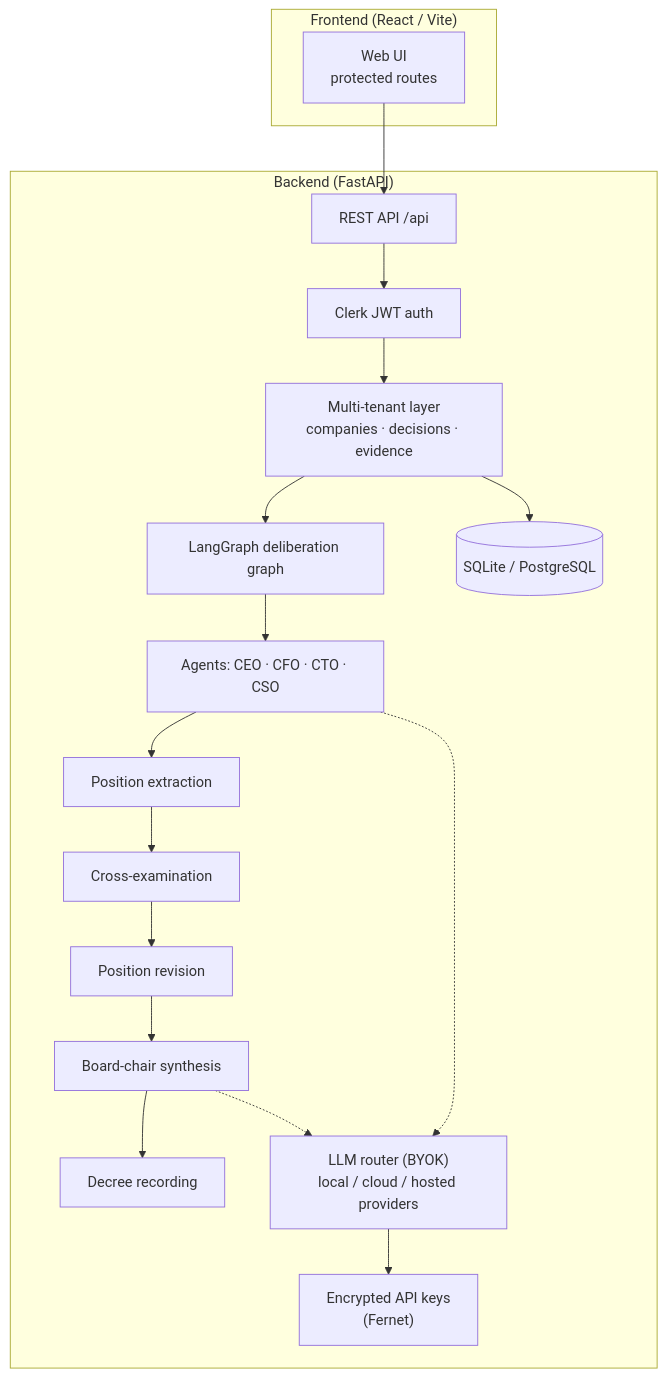
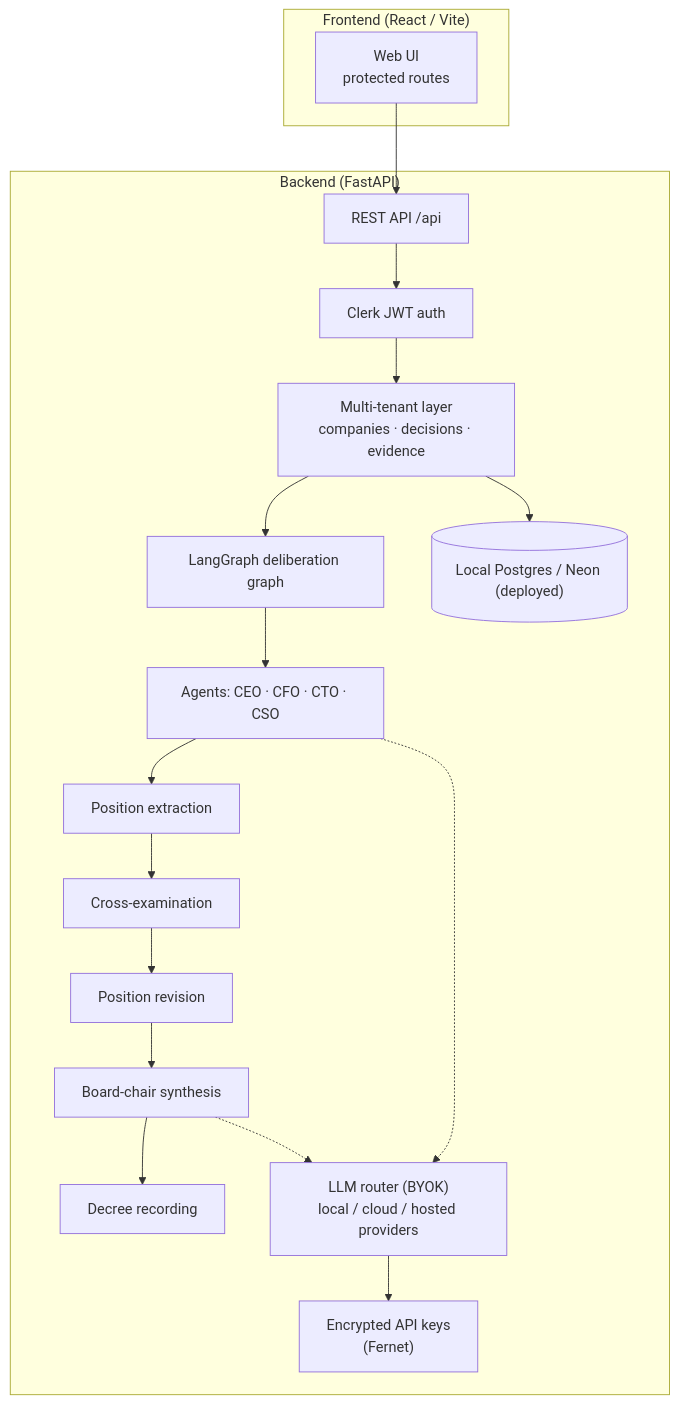
The second of 2 diagrams in README.md (chrisvinsonk/PANTHEON), drawn with Mermaid before and after one commit. The commit also changed other lines of this file and 8 other files, not shown here.

Commit message:
Use local Postgres locally and Neon in deployed environments

````diff
--- a/README.md
+++ b/README.md
@@ -34,32 +34,32 @@
 ```mermaid
 flowchart TB
     subgraph FE["Frontend (React / Vite)"]
         UI["Web UI<br/>protected routes"]
     end
 
     subgraph BE["Backend (FastAPI)"]
         API["REST API /api"]
         AUTH["Clerk JWT auth"]
         TEN["Multi-tenant layer<br/>companies · decisions · evidence"]
         LG["LangGraph deliberation graph"]
         AG["Agents: CEO · CFO · CTO · CSO"]
         EX["Position extraction"]
         CE["Cross-examination"]
         RV["Position revision"]
         SYN["Board-chair synthesis"]
         DEC["Decree recording"]
         LLM["LLM router (BYOK)<br/>local / cloud / hosted providers"]
-        DB[("SQLite / PostgreSQL")]
+        DB[("Local Postgres / Neon (deployed)")]
         ENC["Encrypted API keys<br/>(Fernet)"]
 
         API --> AUTH --> TEN
         TEN --> LG
         LG --> AG --> EX --> CE --> RV --> SYN --> DEC
         AG -.-> LLM
         SYN -.-> LLM
         LLM --> ENC
         TEN --> DB
     end
 
     UI --> API
 ```
````
